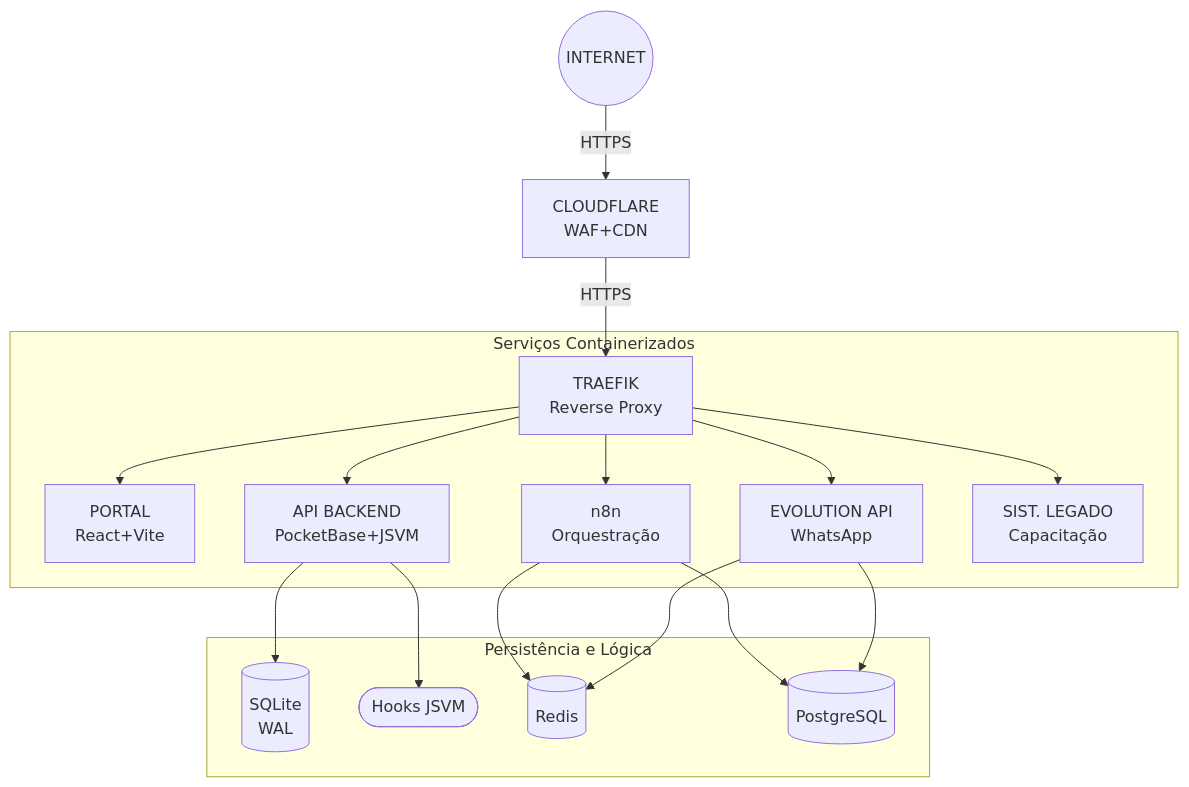
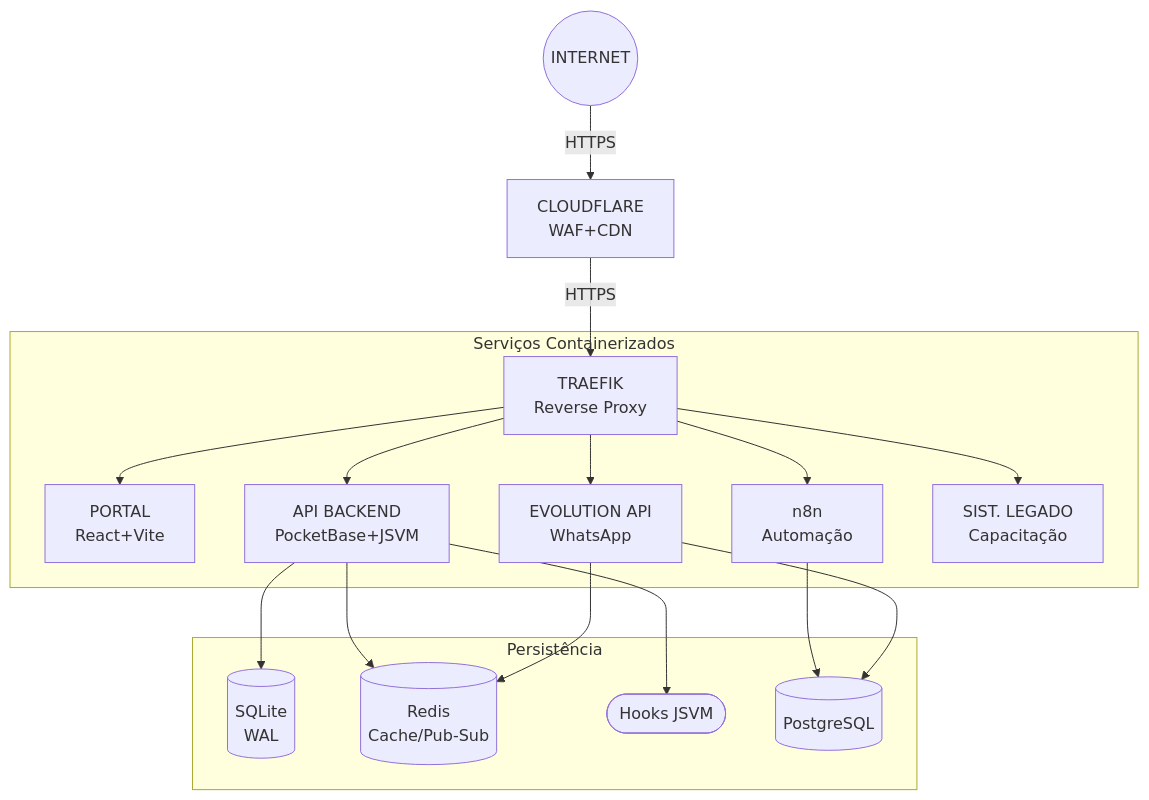
Before and after one commit to dummyDevisa/relatoriovisa-evandro-202601: the first of 4 diagrams in README.md, drawn with Mermaid. The commit also changed other lines of this file, not shown here.

````diff
--- a/README.md
+++ b/README.md
@@ -53,22 +59,22 @@
 ```mermaid
 graph TD
     Internet((INTERNET)) -->|HTTPS| CF[CLOUDFLARE<br/>WAF+CDN]
     CF -->|HTTPS| Traefik[TRAEFIK<br/>Reverse Proxy]
     
     subgraph Services [Serviços Containerizados]
         Traefik --> Portal[PORTAL<br/>React+Vite]
         Traefik --> API[API BACKEND<br/>PocketBase+JSVM]
-        Traefik --> n8n[n8n<br/>Orquestração]
+        Traefik --> n8n[n8n<br/>Automação]
         Traefik --> Evolution[EVOLUTION API<br/>WhatsApp]
         Traefik --> Legado[SIST. LEGADO<br/>Capacitação]
     end
 
-    subgraph Data [Persistência e Lógica]
+    subgraph Data [Persistência]
         API --> SQLite[(SQLite<br/>WAL)]
+        API --> Redis[(Redis<br/>Cache/Pub-Sub)]
         API --> Hooks([Hooks JSVM])
-        n8n --> Redis[(Redis)]
-        Evolution --> Redis
         n8n --> PG[(PostgreSQL)]
         Evolution --> PG
+        Evolution --> Redis
     end
 ```
````
